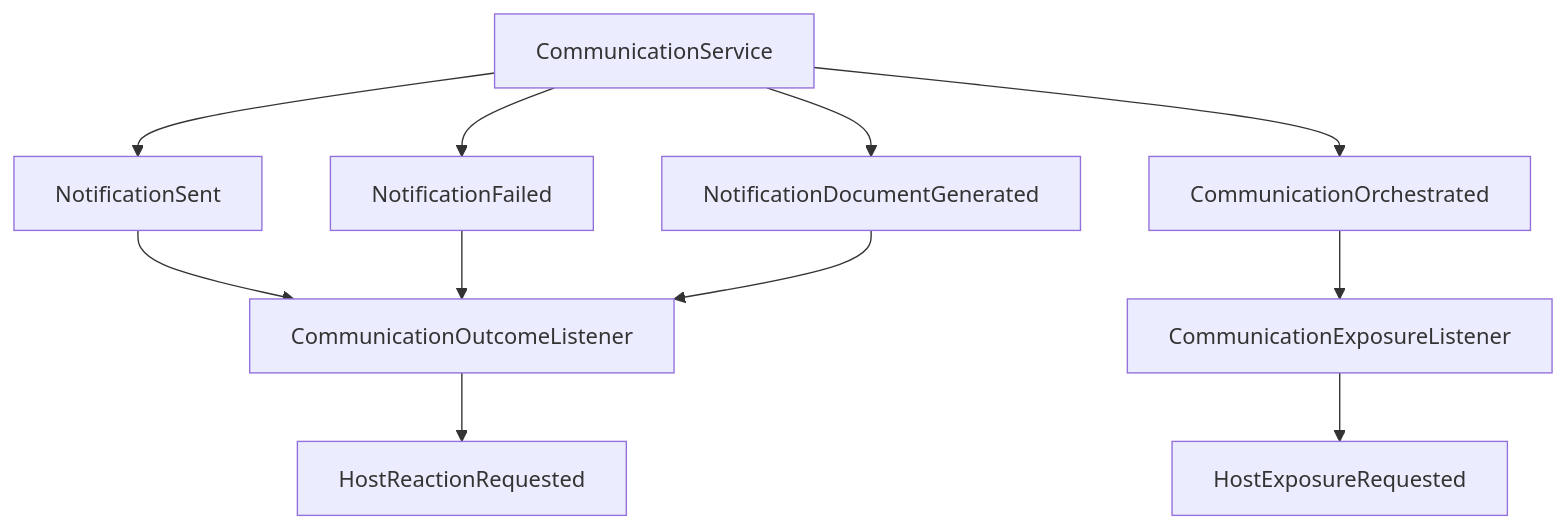
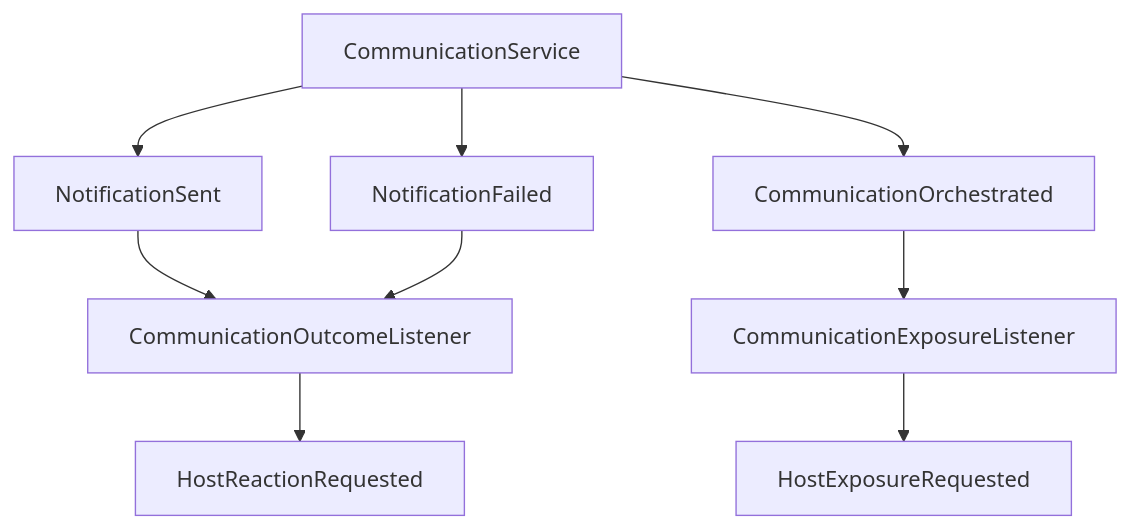
Before and after one commit to Alex-Saba/notificationmanager: the fifth of 7 diagrams in docs/DIAGRAMS.md, drawn with Mermaid. The commit also changed 3 other files, not shown here.

````diff
--- a/docs/DIAGRAMS.md
+++ b/docs/DIAGRAMS.md
@@ -92,15 +92,13 @@
 ```mermaid
 flowchart TD
     A["CommunicationService"] --> B["NotificationSent"]
     A --> C["NotificationFailed"]
-    A --> D["NotificationDocumentGenerated"]
-    A --> E["CommunicationOrchestrated"]
+    A --> D["CommunicationOrchestrated"]
 
     B --> F["CommunicationOutcomeListener"]
     C --> F
-    D --> F
-    E --> G["CommunicationExposureListener"]
+    D --> G["CommunicationExposureListener"]
 
     F --> H["HostReactionRequested"]
     G --> I["HostExposureRequested"]
 ```
````
